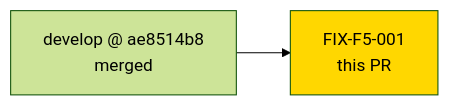
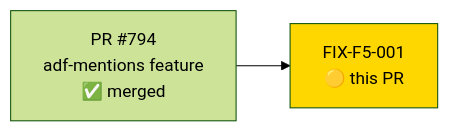
The second of 4 diagrams in code-delivery/FIX-F5-001/pr-description.md (ArcavenAE/jira-cli), drawn with Mermaid (forest theme) before and after one commit. The commit also changed other lines of this file and 8 other files, not shown here.

````diff
--- a/code-delivery/FIX-F5-001/pr-description.md
+++ b/code-delivery/FIX-F5-001/pr-description.md
@@ -67,5 +52,5 @@
 ```mermaid
 graph LR
-    base[develop @ ae8514b8<br/>merged] --> this[FIX-F5-001<br/>this PR]
-    style this fill:#FFD700
+    S794[PR #794<br/>adf-mentions feature<br/>✅ merged] --> THIS[FIX-F5-001<br/>🟡 this PR]
+    style THIS fill:#FFD700
 ```
````
